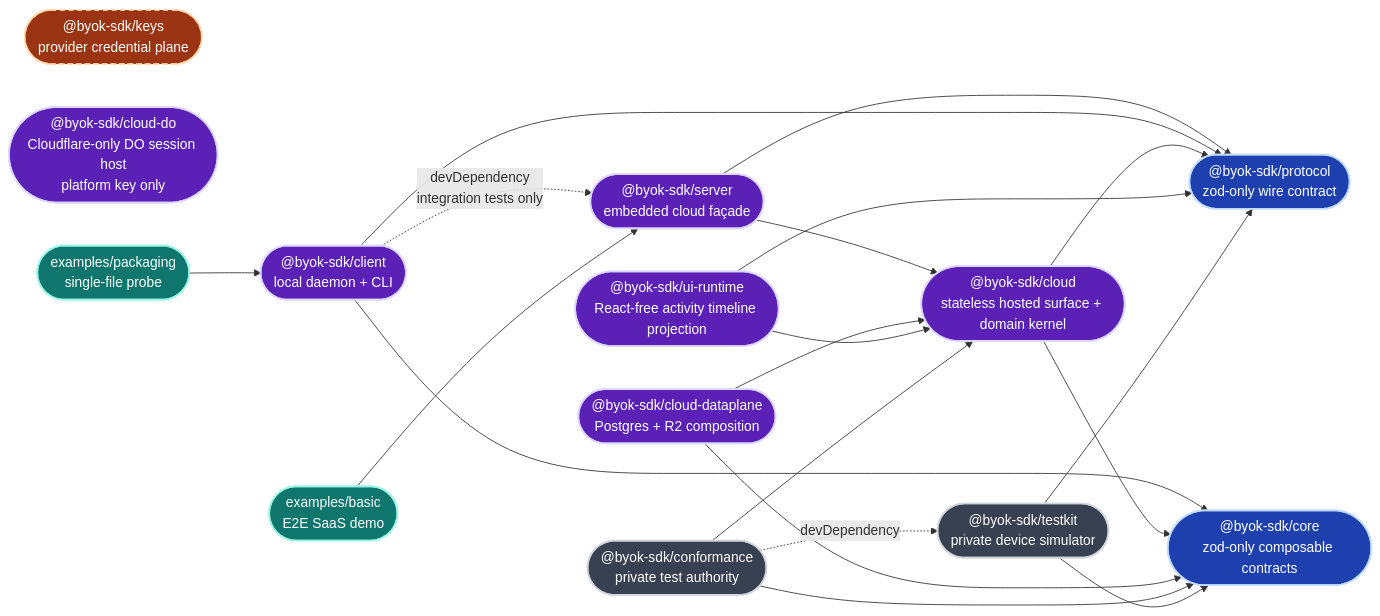
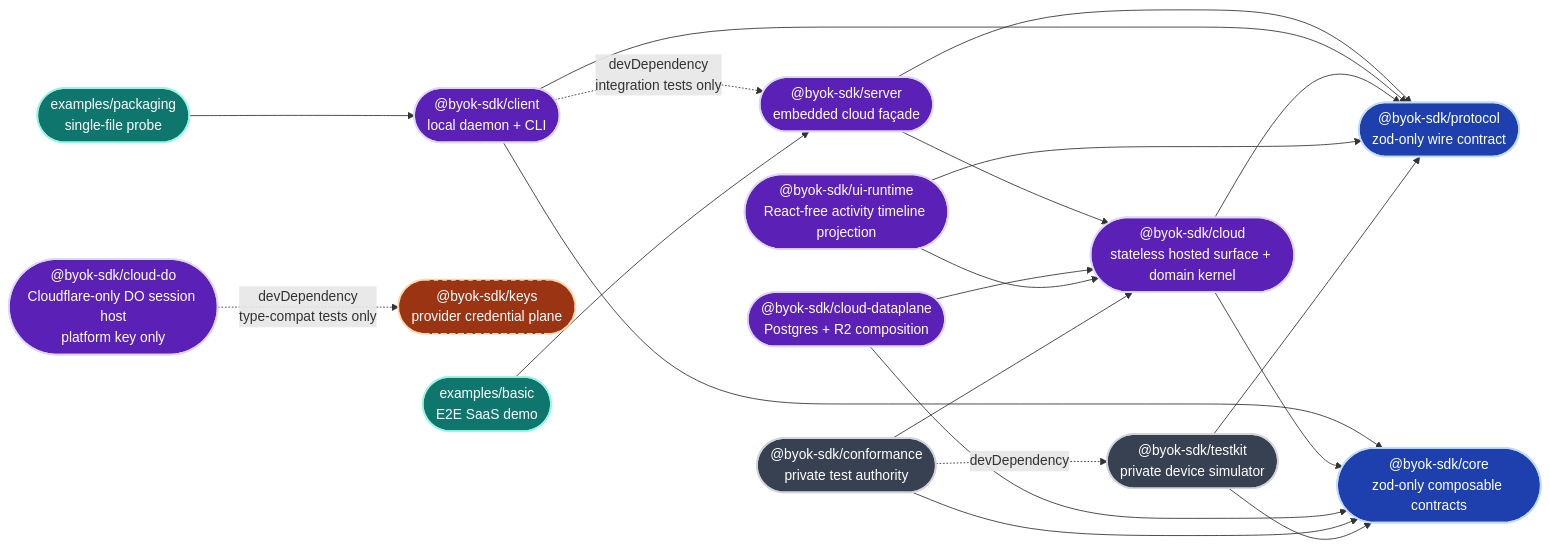
One commit to Ancienttwo/byok-sdk changed the second of 22 diagrams in docs/architecture/sdk-architecture.md. Above: the diagram before and after it, drawn with Mermaid. The commit also changed other lines of this file and 2 other files, not shown here.

Commit message:
docs: fix the cloud-do dependency note, ADR-038 decision mapping and routine launch gate

````diff
--- a/docs/architecture/sdk-architecture.md
+++ b/docs/architecture/sdk-architecture.md
@@ -113,43 +113,44 @@
 ```mermaid
 flowchart LR
   classDef contract fill:#1e40af,stroke:#bfdbfe,stroke-width:2px,color:#fff
   classDef runtime fill:#5b21b6,stroke:#ddd6fe,stroke-width:2px,color:#fff
   classDef key fill:#9a3412,stroke:#fed7aa,stroke-width:2px,color:#fff
   classDef example fill:#0f766e,stroke:#99f6e4,stroke-width:2px,color:#fff
   classDef dev fill:#374151,stroke:#d1d5db,stroke-width:2px,color:#fff
 
   Protocol(["@byok-sdk/protocol<br/>zod-only wire contract"]):::contract
   Server(["@byok-sdk/server<br/>embedded cloud façade"]):::runtime
   Client(["@byok-sdk/client<br/>local daemon + CLI"]):::runtime
   Keys(["@byok-sdk/keys<br/>provider credential plane"]):::key
   Core(["@byok-sdk/core<br/>zod-only composable contracts"]):::contract
   Cloud(["@byok-sdk/cloud<br/>stateless hosted surface + domain kernel"]):::runtime
   CloudPg(["@byok-sdk/cloud-dataplane<br/>Postgres + R2 composition"]):::runtime
   CloudDo(["@byok-sdk/cloud-do<br/>Cloudflare-only DO session host<br/>platform key only"]):::runtime
   UiRuntime(["@byok-sdk/ui-runtime<br/>React-free activity timeline projection"]):::runtime
   Conformance(["@byok-sdk/conformance<br/>private test authority"]):::dev
   Testkit(["@byok-sdk/testkit<br/>private device simulator"]):::dev
   Basic(["examples/basic<br/>E2E SaaS demo"]):::example
   Packaging(["examples/packaging<br/>single-file probe"]):::example
 
   Server --> Protocol
   Server --> Cloud
   Client --> Protocol
   Client --> Core
   Cloud --> Core
   Cloud --> Protocol
   CloudPg --> Cloud
   CloudPg --> Core
   UiRuntime --> Cloud
   UiRuntime --> Protocol
   Conformance --> Cloud
   Conformance --> Core
   Conformance -.->|"devDependency"| Testkit
   Testkit --> Core
   Testkit --> Protocol
   Client -.->|"devDependency<br/>integration tests only"| Server
+  CloudDo -.->|"devDependency<br/>type-compat tests only"| Keys
   Basic --> Server
   Packaging --> Client
 
   style Keys stroke-dasharray:5 5
 ```
````
